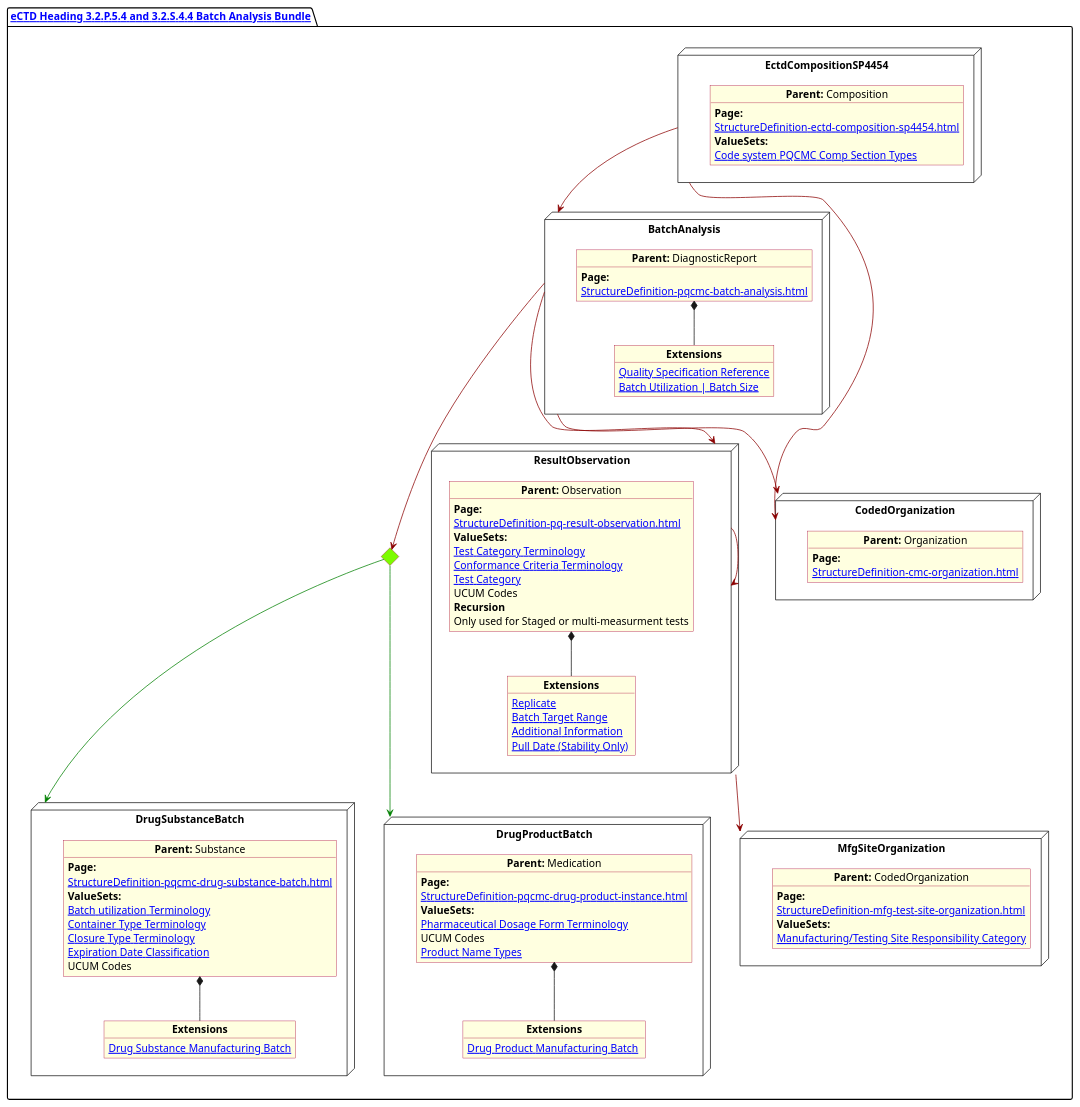
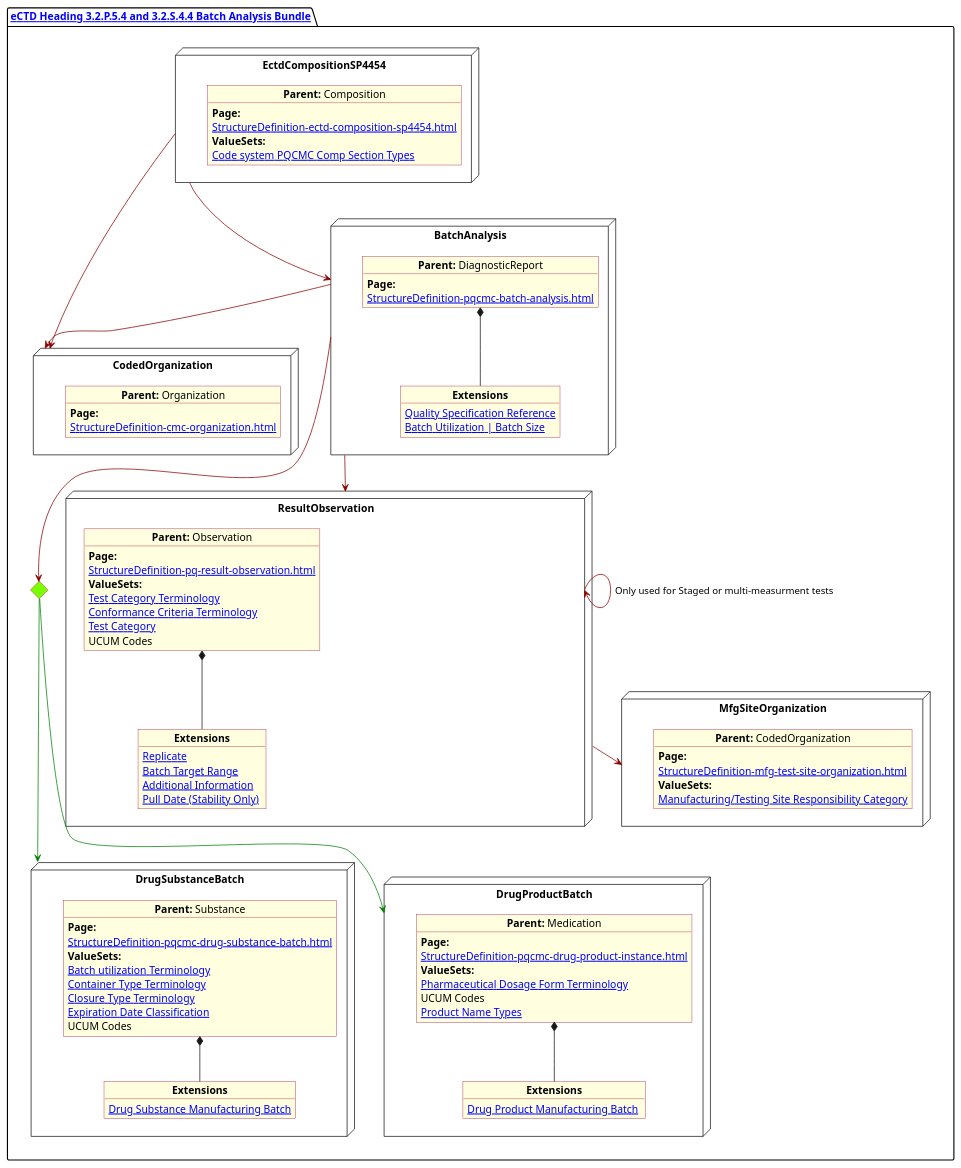
Before and after one commit to HL7/FHIR-us-pq-cmc-fda: the diagram in input/images-source/BatchAnalysis.plantuml, drawn with PlantUML. The commit also changed 3 other files, not shown here.

Commit message:
moved batch analysis bundle and composition to compositon file.  Moved organization in BatchAnalysis diagram.

```diff
--- a/input/images-source/BatchAnalysis.plantuml
+++ b/input/images-source/BatchAnalysis.plantuml
@@ -1,131 +1,130 @@
 @startuml BatchAnalysis
 allowmixing
 'Mixed model of use case and object
 skinparam svgDimensionStyle false
 skinparam ObjectBackgroundColor LightYellow
 skinparam ObjectBorderColor #A80036
 skinparam activityDiamondBorderColor #A80036
 skinparam activityDiamondBackgroundColor lawnGreen
 skinparam ClassBorderThickness 4
 
 
 package "[[StructureDefinition-cmc-ectd-document-sp4454.html eCTD Heading 3.2.P.5.4 and 3.2.S.4.4 Batch Analysis Bundle]]" as NODES {
 
   node "EctdCompositionSP4454" as N1 {
     object "**Parent:** Composition" as obj1 {
       **Page:**
       [[StructureDefinition-ectd-composition-sp4454.html]]
 
       **ValueSets:**
       [[ValueSet-cmc-comp-section-types-vs.html Code system PQCMC Comp Section Types]]
     }
   }
 
   node "BatchAnalysis" as  BatchAnalysis {
     object "**Parent:** DiagnosticReport" as obj2 {
       **Page:**
       [[StructureDefinition-pqcmc-batch-analysis.html]]
     }
     object "**Extensions**" as  obj2Ex {
       [[StructureDefinition-pq-quality-specification-extension.html Quality Specification Reference]]
       [[StructureDefinition-drug-product-manufacturing-batch.html Batch Utilization | Batch Size ]]
     }
     obj2 *-- obj2Ex
   }
 
   node "CodedOrganization" as CodedOrganization {
 
     object "**Parent:** Organization" as objAu {
       **Page:**
       [[StructureDefinition-cmc-organization.html]]
     }
   }
 
   node "DrugProductBatch" as DrugProductBatch {
     object "**Parent:** Medication" as obj3 {
       **Page:**
       [[StructureDefinition-pqcmc-drug-product-instance.html]]
 
       **ValueSets:**
       [[ValueSet-spl-pharmaceutical-dosage-form-terminology.html Pharmaceutical Dosage Form Terminology]]
       UCUM Codes
       [[ValueSet-cmc-product-name-types-vs.html Product Name Types]]
     }
 
     object "**Extensions**" as  objExsBatch {
 
       [[StructureDefinition-drug-product-manufacturing-batch.html Drug Product Manufacturing Batch ]]
     }
     obj3 *-- objExsBatch
   }
 
 
   node "DrugSubstanceBatch" as DrugSubstanceBatch {
 
     object "**Parent:** Substance" as obj4 {
       **Page:**
       [[StructureDefinition-pqcmc-drug-substance-batch.html]]
 
       **ValueSets:**
       [[ValueSet-pqcmc-batch-utilization-terminology.html Batch utilization Terminology]]
       [[ValueSet-pqcmc-container-type-terminology.html Container Type Terminology]]
       [[ValueSet-pqcmc-closure-type-terminology.html Closure Type Terminology]]
       [[ValueSet-pqcmc-expiration-date-classification-terminology.html Expiration Date Classification]]
       UCUM Codes
     }
     object "**Extensions**" as objXDs {
 
       [[StructureDefinition-drug-substance-manufacturing-batch.html Drug Substance Manufacturing Batch]]
     }
     obj4 *-- objXDs
   }
 
   node "MfgSiteOrganization" as  MfgSiteOrganization {
     object "**Parent:** CodedOrganization" as obj5 {
       **Page:**
       [[StructureDefinition-mfg-test-site-organization.html]]
 
       **ValueSets:**
       [[ValueSet-pqcmc-mfg-testing-site-terminology.html Manufacturing/Testing Site Responsibility Category]]
     }
   }
 
   node "ResultObservation" as ResultObservation  {
 
     object "**Parent:** Observation" as obj6 {
       **Page:**
       [[StructureDefinition-pq-result-observation.html]]
 
       **ValueSets:**
       [[ValueSet-pqcmc-test-category-terminology.html Test Category Terminology]]
       [[ValueSet-pqcmc-conformance-to-criteria-terminology.html Conformance Criteria Terminology]]
       [[ValueSet-pqcmc-test-category-terminology.html Test Category]]
       UCUM Codes
-                     
-      **Recursion**
-      Only used for Staged or multi-measurment tests
+       
     }
 
     object "**Extensions**" as objXObs {
       [[StructureDefinition-pq-replicate-extension.html Replicate]]
       [[StructureDefinition-pq-batch-range.html Batch Target Range]]
       [[StructureDefinition-pq-additional-info-extension.html Additional Information]]
       [[StructureDefinition-pq-pullDate-extension.html Pull Date (Stability Only) ]]
     }
     obj6 *-- objXObs
   }
 
   diamond CH
 
-  BatchAnalysis -[#darkred]--> CH
+
   N1 -[#darkred]-> CodedOrganization
-  BatchAnalysis -[#darkred]--> CodedOrganization
+  BatchAnalysis -[#darkred]-> CodedOrganization
+   BatchAnalysis -[#darkred]--> CH
   BatchAnalysis -[#darkred]--> ResultObservation
   CH -[#green]--> DrugProductBatch
   CH -[#green]--> DrugSubstanceBatch
 
   N1 -[#darkred]-> BatchAnalysis
-  ResultObservation -[#darkred]--> MfgSiteOrganization
-  ResultObservation -[#darkred]--> ResultObservation
+  ResultObservation -[#darkred]-> MfgSiteOrganization
+  ResultObservation -[#darkred]--> ResultObservation : Only used for Staged or multi-measurment tests
 }
 @enduml
```
